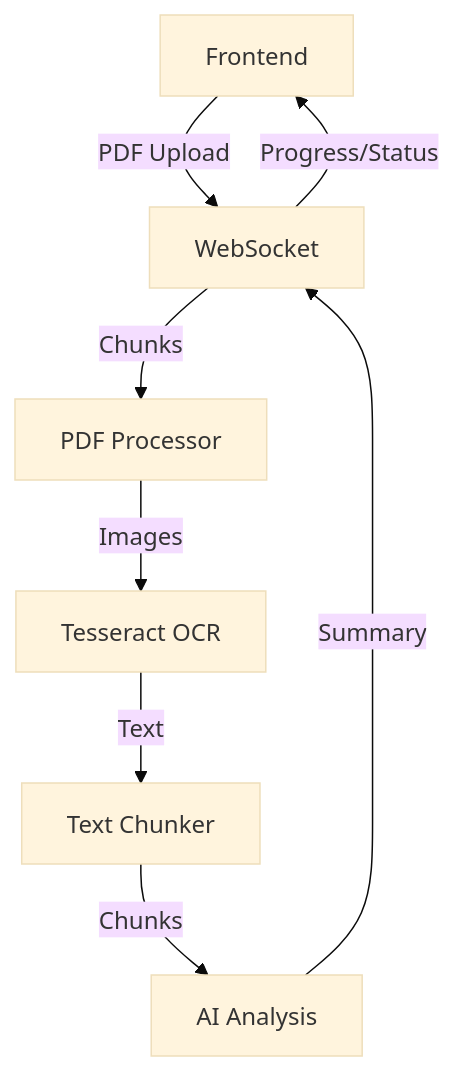
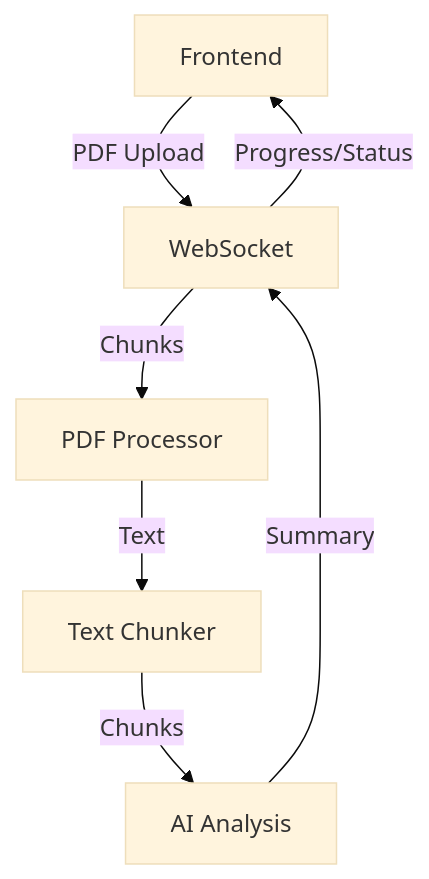
Before and after one commit to poiley/recognizer: the diagram in docs/architecture.md, drawn with Mermaid (base theme). The commit also changed 8 other files, not shown here.

````diff
--- a/docs/architecture.md
+++ b/docs/architecture.md
@@ -20,10 +20,9 @@
 ```mermaid
 graph TD
     A[Frontend] -->|PDF Upload| B[WebSocket]
     B -->|Chunks| C[PDF Processor]
-    C -->|Images| D[Tesseract OCR]
-    D -->|Text| E[Text Chunker]
-    E -->|Chunks| F[AI Analysis]
-    F -->|Summary| B
+    C -->|Text| D[Text Chunker]
+    D -->|Chunks| E[AI Analysis]
+    E -->|Summary| B
     B -->|Progress/Status| A
 ```
````
